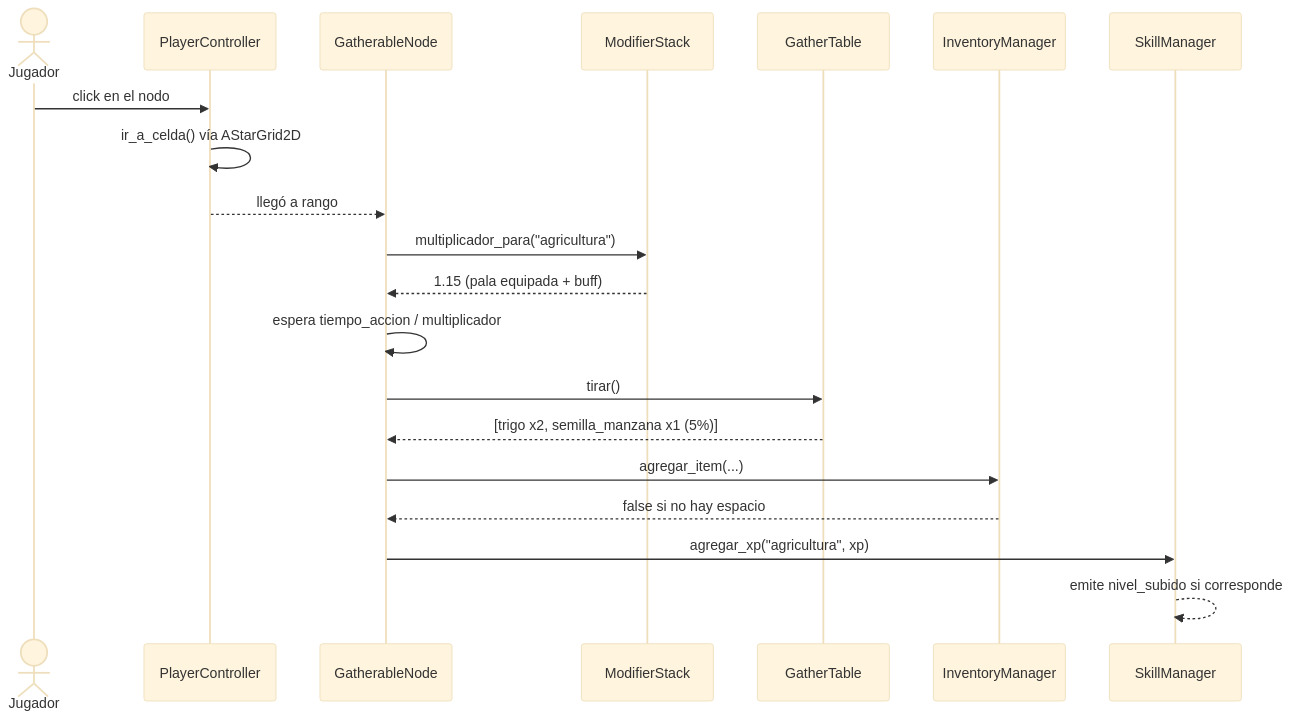
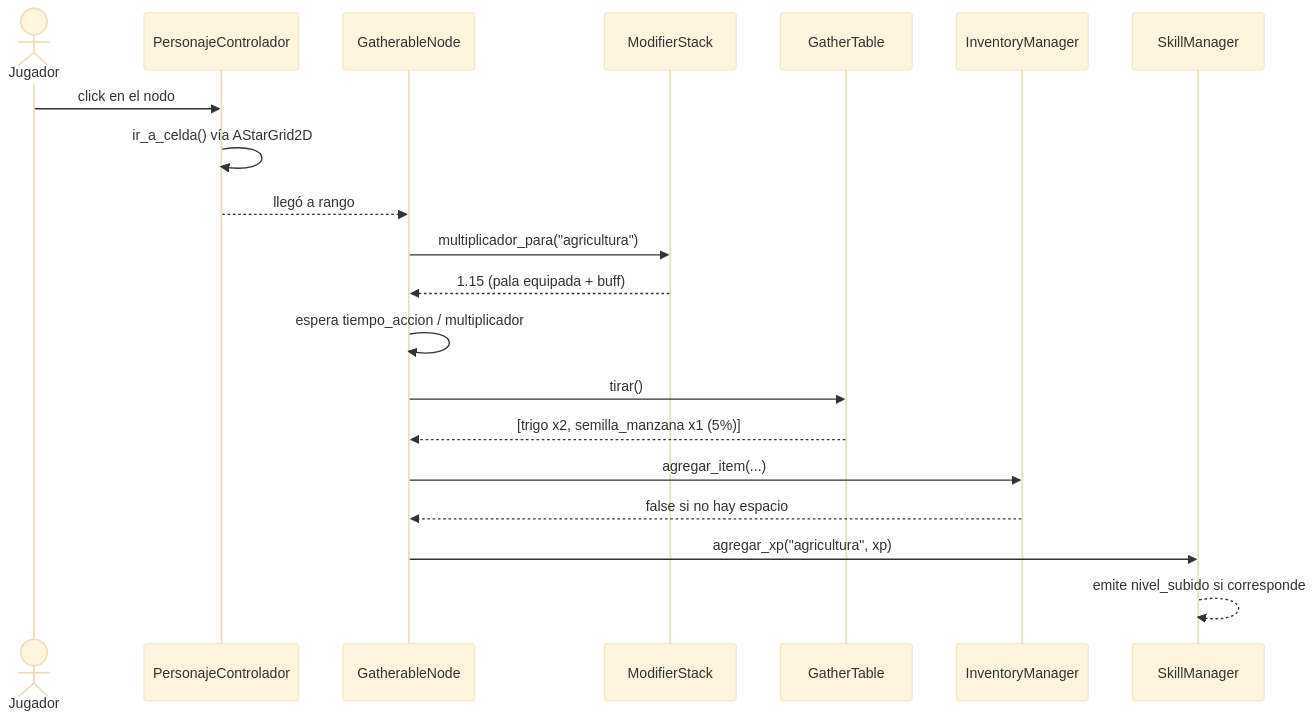
Before and after one commit to MumiolaDev/MumiolaCity: the third of 9 diagrams in docs/SISTEMAS.md, drawn with Mermaid (base theme). The commit also changed other lines of this file and 5 other files, not shown here.

````diff
--- a/docs/SISTEMAS.md
+++ b/docs/SISTEMAS.md
@@ -175,23 +175,23 @@
 ```mermaid
 sequenceDiagram
   actor J as Jugador
-  participant P as PlayerController
+  participant P as PersonajeControlador
   participant G as GatherableNode
   participant B as ModifierStack
   participant T as GatherTable
   participant I as InventoryManager
   participant S as SkillManager
 
   J->>P: click en el nodo
   P->>P: ir_a_celda() vía AStarGrid2D
   P-->>G: llegó a rango
   G->>B: multiplicador_para("agricultura")
   B-->>G: 1.15 (pala equipada + buff)
   G->>G: espera tiempo_accion / multiplicador
   G->>T: tirar()
   T-->>G: [trigo x2, semilla_manzana x1 (5%)]
   G->>I: agregar_item(...)
   I-->>G: false si no hay espacio
   G->>S: agregar_xp("agricultura", xp)
   S-->>S: emite nivel_subido si corresponde
 ```
````
